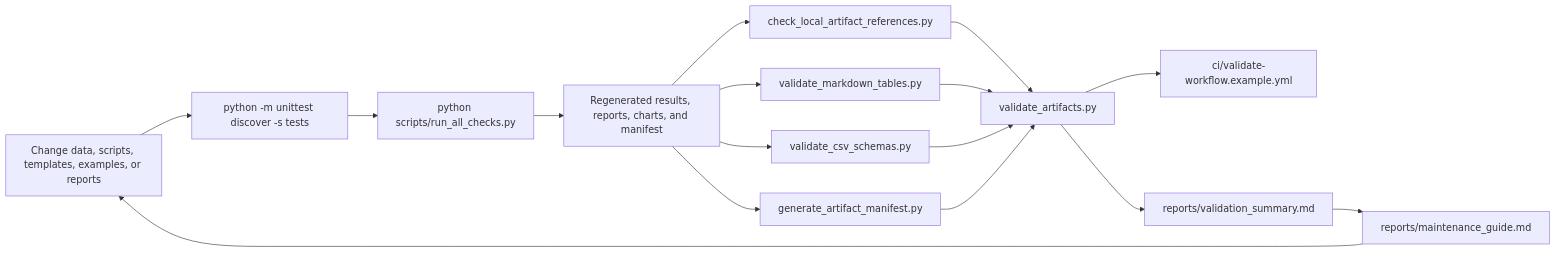
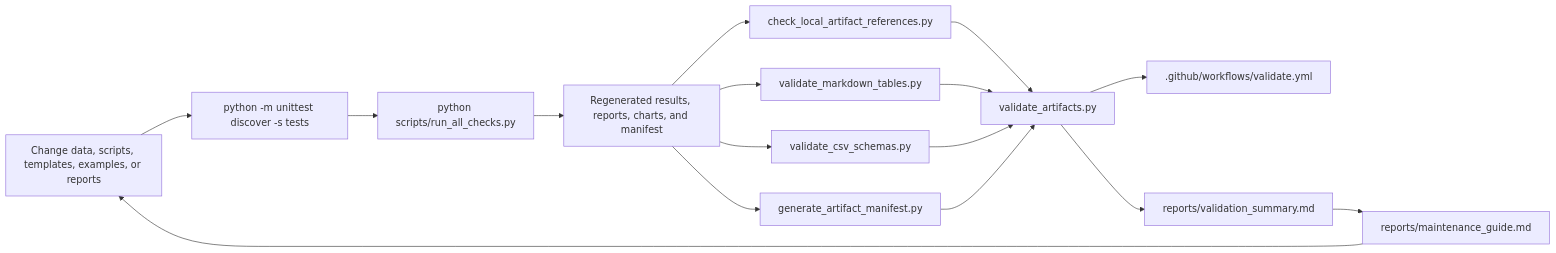
Before and after one commit to gvillarroel/sdlc: the eighth of 8 diagrams in reports/final_report_bundle.md, drawn with Mermaid. The commit also changed other lines of this file and 76 other files, not shown here.

````diff
--- a/reports/final_report_bundle.md
+++ b/reports/final_report_bundle.md
@@ -4598,31 +4543,31 @@
 ```mermaid
 flowchart LR
     Change["Change data, scripts, templates, examples, or reports"]
     UnitTests["python -m unittest discover -s tests"]
     Regenerate["python scripts/run_all_checks.py"]
     Generated["Regenerated results, reports, charts, and manifest"]
     ReferenceCheck["check_local_artifact_references.py"]
     TableCheck["validate_markdown_tables.py"]
     SchemaCheck["validate_csv_schemas.py"]
     ArtifactCheck["validate_artifacts.py"]
     Manifest["generate_artifact_manifest.py"]
-    CI["ci/validate-workflow.example.yml"]
+    CI[".github/workflows/validate.yml"]
     Summary["reports/validation_summary.md"]
     MaintenanceGuide["reports/maintenance_guide.md"]
 
     Change --> UnitTests
     UnitTests --> Regenerate
     Regenerate --> Generated
     Generated --> ReferenceCheck
     Generated --> TableCheck
     Generated --> SchemaCheck
     Generated --> Manifest
     ReferenceCheck --> ArtifactCheck
     TableCheck --> ArtifactCheck
     SchemaCheck --> ArtifactCheck
     Manifest --> ArtifactCheck
     ArtifactCheck --> CI
     ArtifactCheck --> Summary
     Summary --> MaintenanceGuide
     MaintenanceGuide --> Change
 ```
````
